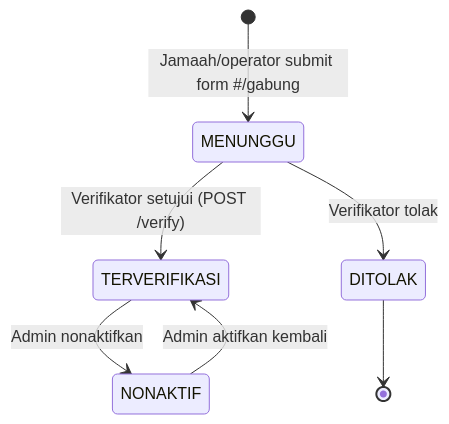
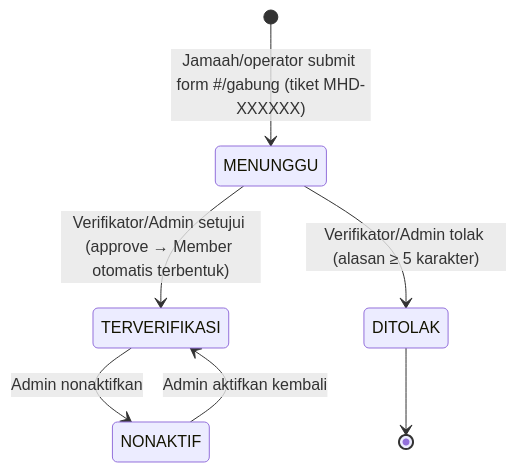
The sixth of 9 diagrams in README.md (prabudanling/muhdin), drawn with Mermaid before and after one commit. The commit also changed other lines of this file and 54 other files, not shown here.

````diff
--- a/README.md
+++ b/README.md
@@ -265,9 +407,9 @@
 ```mermaid
 stateDiagram-v2
-    [*] --> MENUNGGU: Jamaah/operator submit form #/gabung
-    MENUNGGU --> TERVERIFIKASI: Verifikator setujui (POST /verify)
-    MENUNGGU --> DITOLAK: Verifikator tolak
+    [*] --> MENUNGGU: Jamaah/operator submit form #/gabung (tiket MHD-XXXXXX)
+    MENUNGGU --> TERVERIFIKASI: Verifikator/Admin setujui (approve → Member otomatis terbentuk)
+    MENUNGGU --> DITOLAK: Verifikator/Admin tolak (alasan ≥ 5 karakter)
     TERVERIFIKASI --> NONAKTIF: Admin nonaktifkan
     NONAKTIF --> TERVERIFIKASI: Admin aktifkan kembali
     DITOLAK --> [*]
 ```
````
